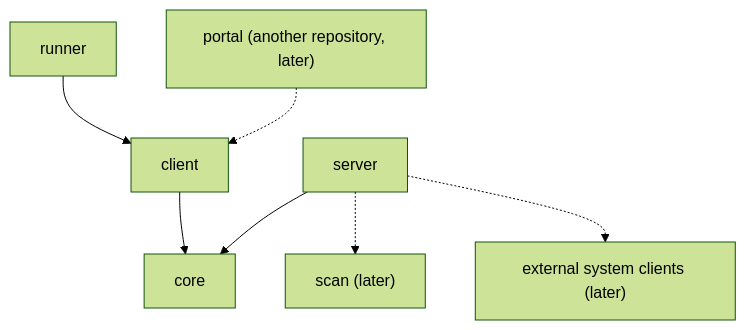
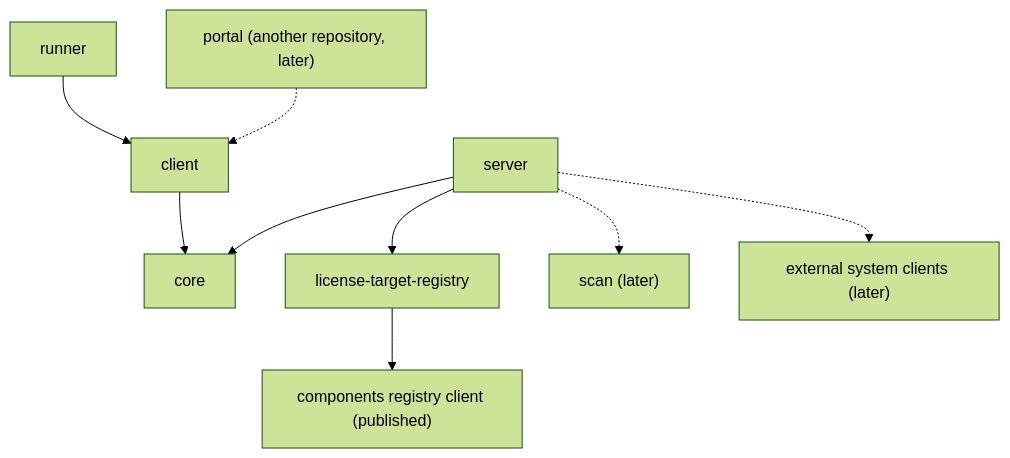
Before and after one commit to octopusden/octopus-license-service: the diagram in docs/architecture.md, drawn with Mermaid (forest theme). The commit also changed other lines of this file and 40 other files, not shown here.

First line of the commit message:
Resolve the license target and exclusions from the components registry

````diff
--- a/docs/architecture.md
+++ b/docs/architecture.md
@@ -7,9 +7,11 @@
 ```mermaid
 flowchart TD
     runner --> client
     portal["portal (another repository, later)"] -.-> client
     client --> core
     server --> core
+    server --> target["license-target-registry"]
+    target --> crs["components registry client (published)"]
     server -.-> scan["scan (later)"]
     server -.-> ext["external system clients (later)"]
 ```
````
